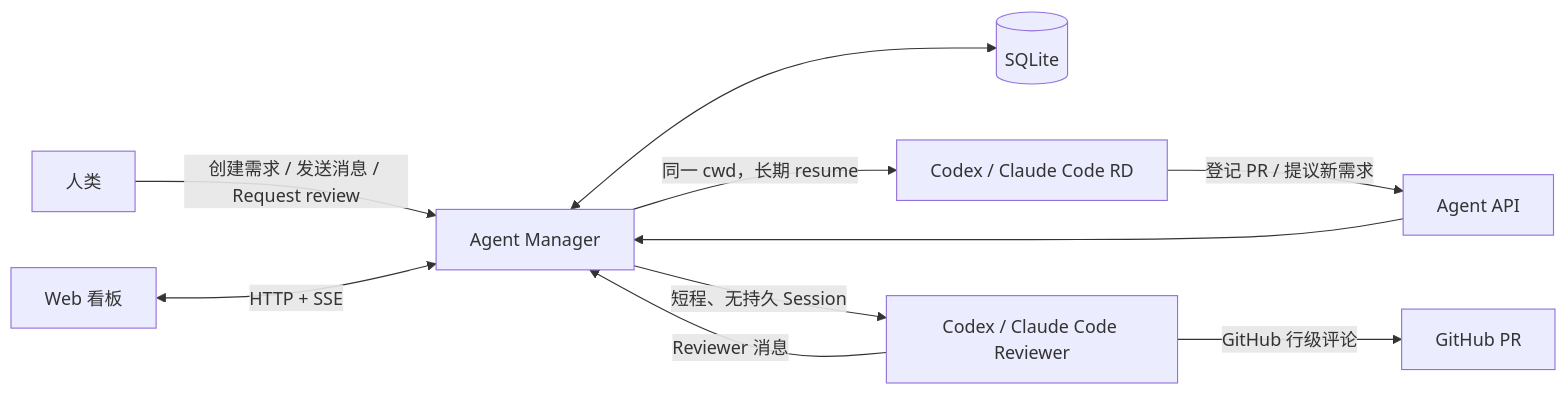
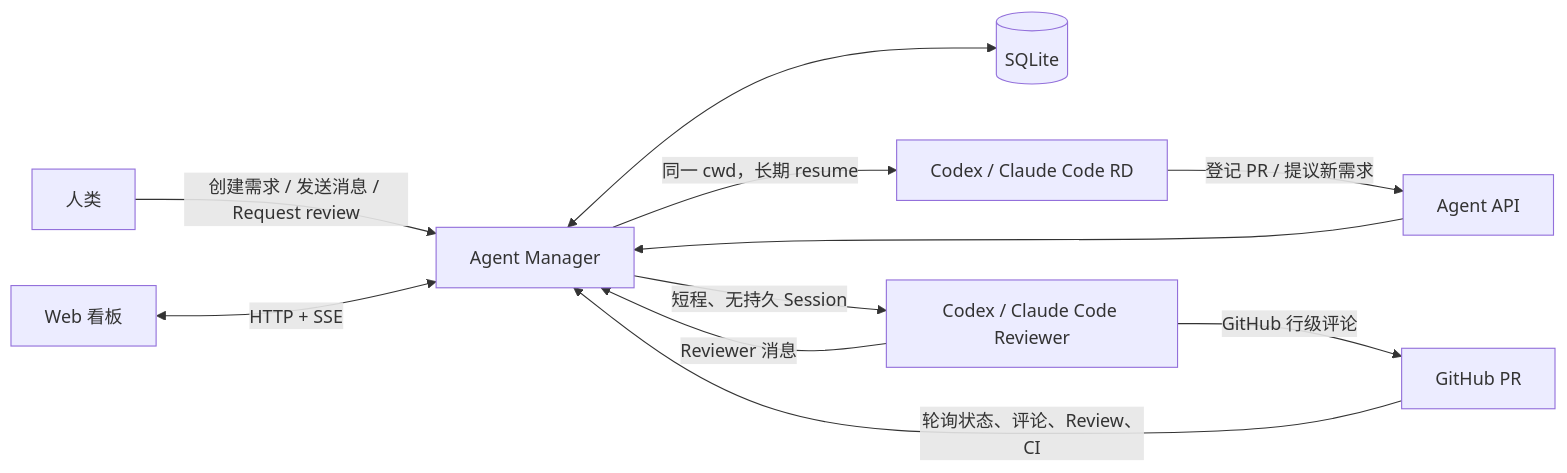
The second of 2 diagrams in docs/architecture.md (luohaha/code-factory), drawn with Mermaid before and after one commit. The commit also changed other lines of this file and 24 other files, not shown here.

```diff
--- a/docs/architecture.md
+++ b/docs/architecture.md
@@ -29,12 +29,13 @@
 ~~~mermaid
 flowchart LR
   H[人类] -->|创建需求 / 发送消息 / Request review| M[Agent Manager]
   W[Web 看板] <-->|HTTP + SSE| M
   M <--> DB[(SQLite)]
   M -->|同一 cwd，长期 resume| RD[Codex / Claude Code RD]
   M -->|短程、无持久 Session| RV[Codex / Claude Code Reviewer]
   RD -->|登记 PR / 提议新需求| API[Agent API]
   API --> M
   RV -->|GitHub 行级评论| GH[GitHub PR]
+  GH -->|轮询状态、评论、Review、CI| M
   RV -->|Reviewer 消息| M
 ~~~
```
